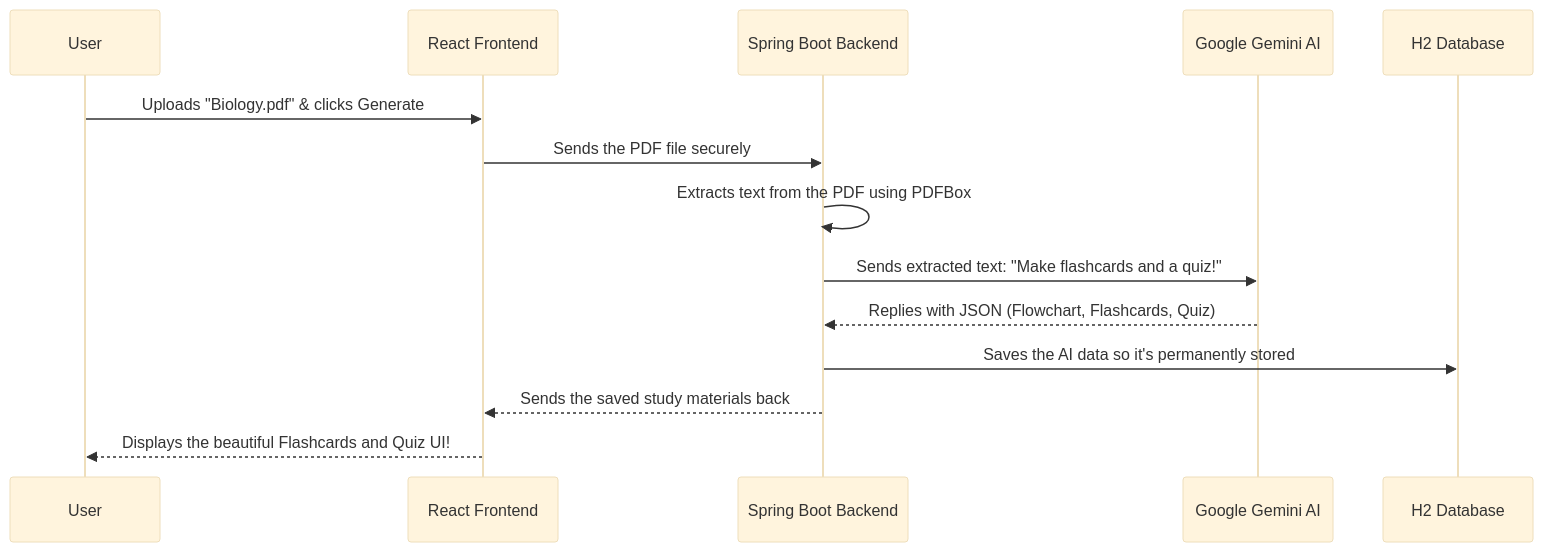
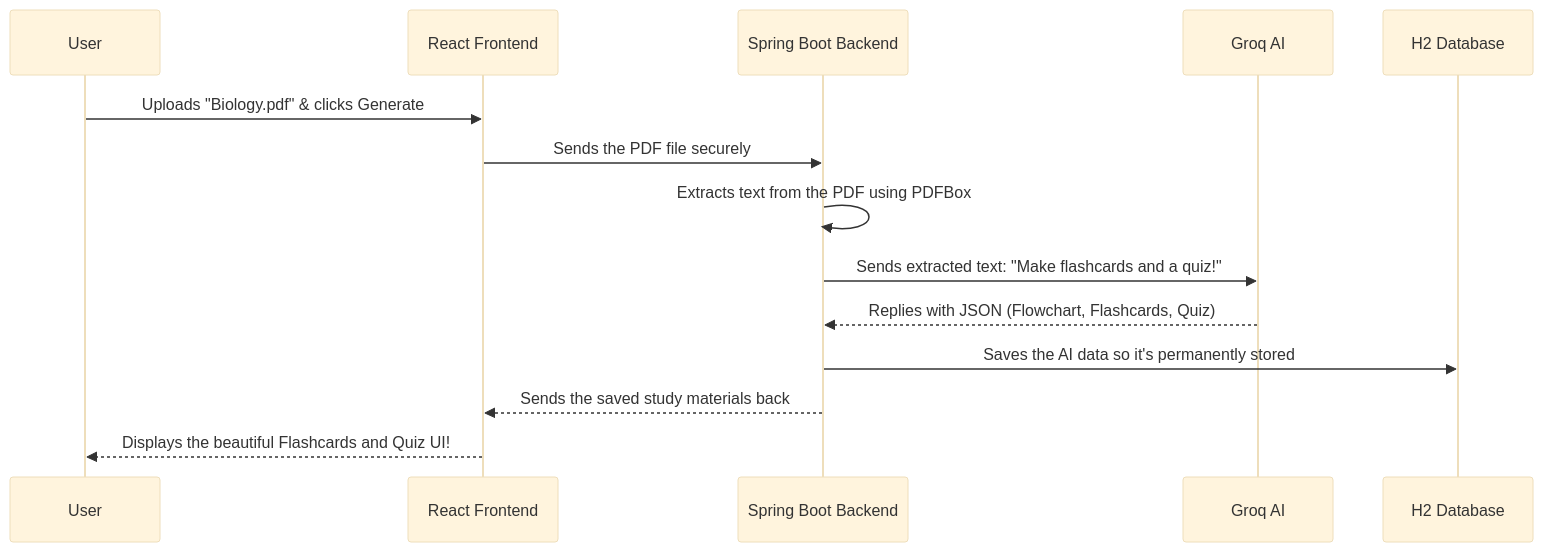
Before and after one commit to adityarcb/ai-study-assistant: the diagram in PROJECT_EXPLANATION.md, drawn with Mermaid (base theme). The commit also changed other lines of this file and 30 other files, not shown here.

````diff
--- a/PROJECT_EXPLANATION.md
+++ b/PROJECT_EXPLANATION.md
@@ -53,17 +53,17 @@
 ```mermaid
 sequenceDiagram
     participant User
     participant Frontend as React Frontend
     participant Backend as Spring Boot Backend
-    participant AI as Google Gemini AI
+    participant AI as Groq AI
     participant DB as H2 Database
 
     User->>Frontend: Uploads "Biology.pdf" & clicks Generate
     Frontend->>Backend: Sends the PDF file securely
     Backend->>Backend: Extracts text from the PDF using PDFBox
     Backend->>AI: Sends extracted text: "Make flashcards and a quiz!"
     AI-->>Backend: Replies with JSON (Flowchart, Flashcards, Quiz)
     Backend->>DB: Saves the AI data so it's permanently stored
     Backend-->>Frontend: Sends the saved study materials back
     Frontend-->>User: Displays the beautiful Flashcards and Quiz UI!
 ```
````
